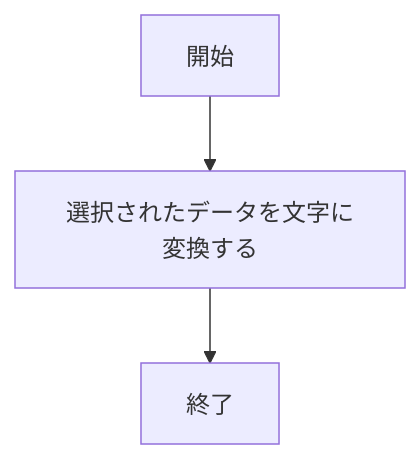
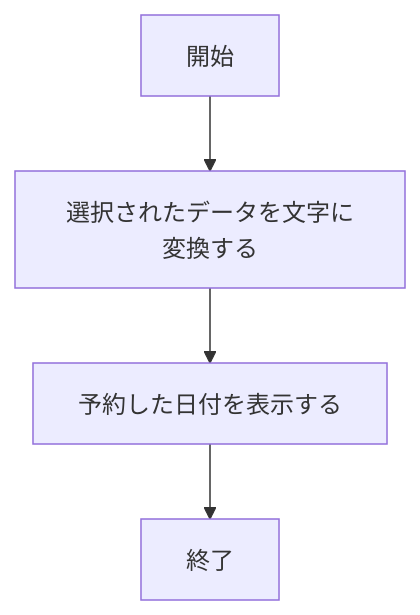
Before and after one commit to ryuki-97/webpro_06: the second of 2 diagrams in README.md, drawn with Mermaid. The commit also changed other lines of this file and 8 other files, not shown here.

````diff
--- a/README.md
+++ b/README.md
@@ -38,5 +55,6 @@
 ```mermaid
 flowchart TD;
 開始 --> 選択されたデータを文字に変換する;
-選択されたデータを文字に変換する　--> 終了;
+選択されたデータを文字に変換する　--> 予約した日付を表示する;
+予約した日付を表示する　--> 終了;
 ```
````
